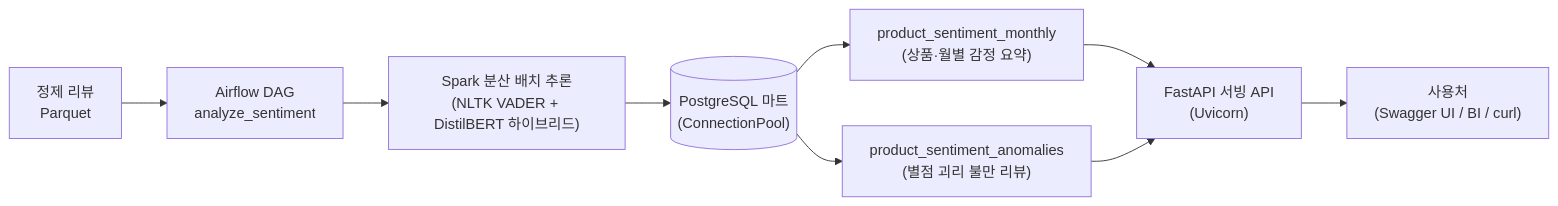
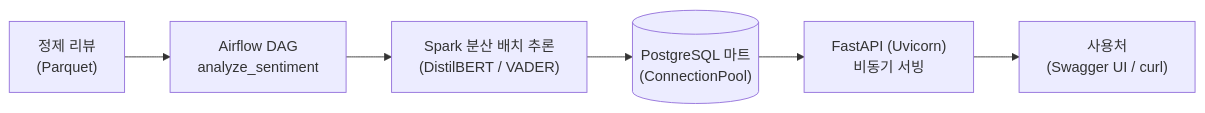
Before and after one commit to 98khongmin/2026-data-engineer-live-project: the diagram in README.md, drawn with Mermaid. The commit also changed other lines of this file and 4 other files, not shown here.

````diff
--- a/README.md
+++ b/README.md
@@ -273,11 +274,8 @@
 ```mermaid
 flowchart LR
-    A["정제 리뷰<br/>Parquet"] --> B["Airflow DAG<br/>analyze_sentiment"]
-    B --> C["Spark 분산 배치 추론<br/>(NLTK VADER + DistilBERT 하이브리드)"]
+    A["정제 리뷰<br/>(Parquet)"] --> B["Airflow DAG<br/>analyze_sentiment"]
+    B --> C["Spark 분산 배치 추론<br/>(DistilBERT / VADER)"]
     C --> D[("PostgreSQL 마트<br/>(ConnectionPool)")]
-    D --> E["product_sentiment_monthly<br/>(상품·월별 감정 요약)"]
-    D --> F["product_sentiment_anomalies<br/>(별점 괴리 불만 리뷰)"]
-    E --> G["FastAPI 서빙 API<br/>(Uvicorn)"]
-    F --> G
-    G --> H["사용처<br/>(Swagger UI / BI / curl)"]
+    D --> E["FastAPI (Uvicorn)<br/>비동기 서빙"]
+    E --> F["사용처<br/>(Swagger UI / curl)"]
 ```
````
